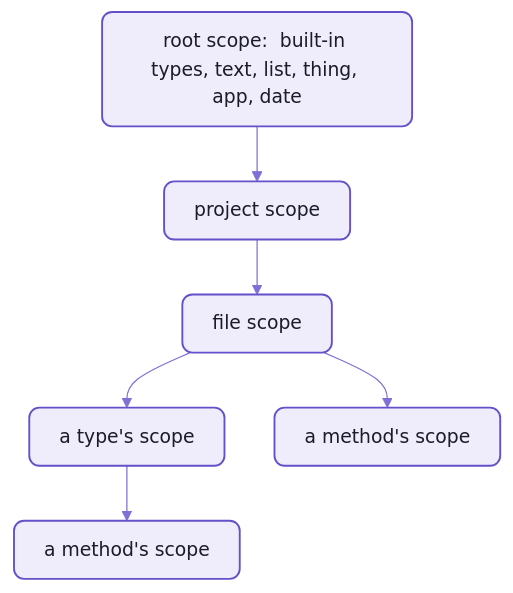
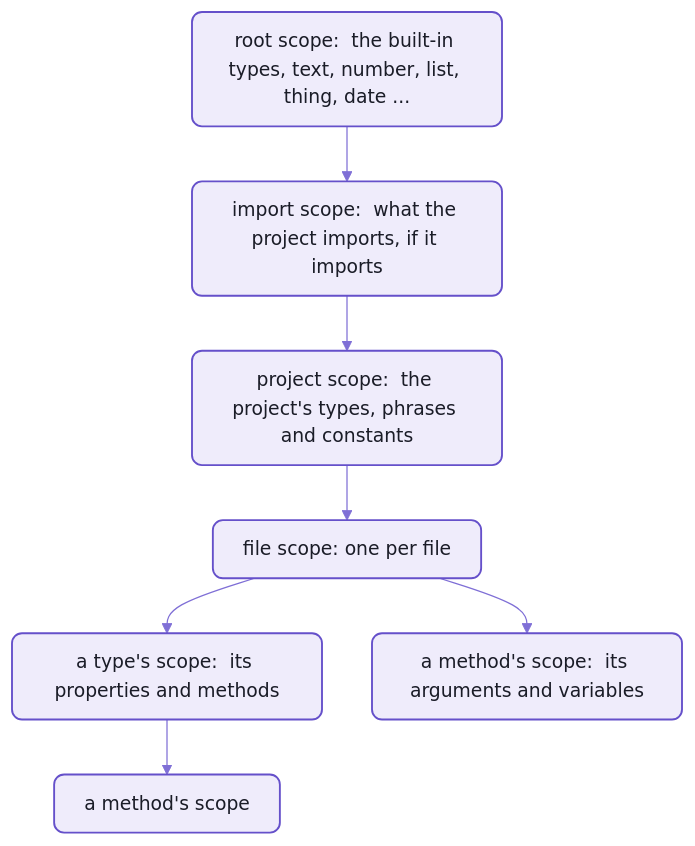
One commit to spell-app/spell changed the third of 3 diagrams in parser/README-parser.md. Above: the diagram before and after it, drawn with Mermaid. The commit also changed other lines of this file and 7 other files, not shown here.

````diff
--- a/parser/README-parser.md
+++ b/parser/README-parser.md
@@ -309,11 +378,12 @@
 ```mermaid
 %%{init: {"theme":"base","themeVariables":{"fontFamily":"-apple-system, BlinkMacSystemFont, Segoe UI, Helvetica, Arial, sans-serif","fontSize":"15px","primaryColor":"#EFECFB","primaryBorderColor":"#6550CA","primaryTextColor":"#1A1C27","secondaryColor":"#F4F1E9","tertiaryColor":"#F7F6FC","lineColor":"#7F6FD6","textColor":"#7F6FD6","clusterBkg":"#F7F6FC","clusterBorder":"#B9B0E8","titleColor":"#1A1C27","edgeLabelBackground":"#F7F6FC","actorBkg":"#EFECFB","actorBorder":"#6550CA","actorTextColor":"#1A1C27","actorLineColor":"#9C90DE","signalColor":"#7F6FD6","signalTextColor":"#7F6FD6","labelBoxBkgColor":"#EFECFB","labelBoxBorderColor":"#6550CA","labelTextColor":"#1A1C27","loopTextColor":"#7F6FD6","noteBkgColor":"#F1E7D4","noteBorderColor":"#C9B48A","noteTextColor":"#1A1C27","activationBkgColor":"#DCD6F7","activationBorderColor":"#6550CA","sequenceNumberColor":"#FFFFFF"},"flowchart":{"curve":"basis","padding":12,"nodeSpacing":40,"rankSpacing":44}}}%%
 flowchart TB
-  root[root scope:  built-in types, text, list, thing, app, date] --> project[project scope]
-  project --> file[file scope]
-  file --> type[a type's scope]
-  file --> method[a method's scope]
-  type --> method2[a method's scope]
+  root["root scope:  the built-in types, text, number, list, thing, date ..."] --> imports["import scope:  what the project imports, if it imports"]
+  imports --> project["project scope:  the project's types, phrases and constants"]
+  project --> file["file scope:  one per file"]
+  file --> type["a type's scope:  its properties and methods"]
+  file --> method["a method's scope:  its arguments and variables"]
+  type --> method2["a method's scope"]
   %% the Spell look:  yarn mermaid:pretty
   classDef default fill:#EFECFB,stroke:#6550CA,stroke-width:1.5px,color:#1A1C27,rx:8px,ry:8px
 ```
````
